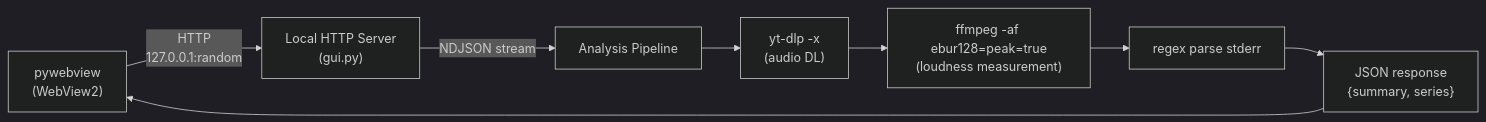
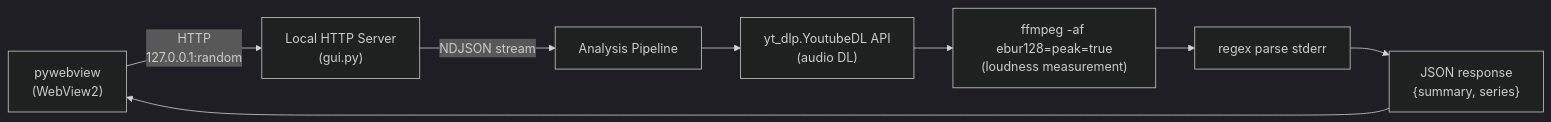
One commit to semnil/analyze-loudness changed the diagram in CLAUDE.md. Above: the diagram before and after it, drawn with Mermaid (dark theme). The commit also changed other lines of this file and 3 other files, not shown here.

First line of the commit message:
docs: architecture / security-audit / CLAUDE / README を更新

````diff
--- a/CLAUDE.md
+++ b/CLAUDE.md
@@ -8,10 +8,10 @@
 ```mermaid
 graph LR
     A["pywebview<br/>(WebView2)"] -->|"HTTP<br/>127.0.0.1:random"| B["Local HTTP Server<br/>(gui.py)"]
     B -->|"NDJSON stream"| C["Analysis Pipeline"]
-    C --> D["yt-dlp -x<br/>(audio DL)"]
+    C --> D["yt_dlp.YoutubeDL API<br/>(audio DL)"]
     D --> E["ffmpeg -af ebur128=peak=true<br/>(loudness measurement)"]
     E --> F["regex parse stderr"]
     F --> G["JSON response<br/>{summary, series}"]
     G --> A
 ```
````
